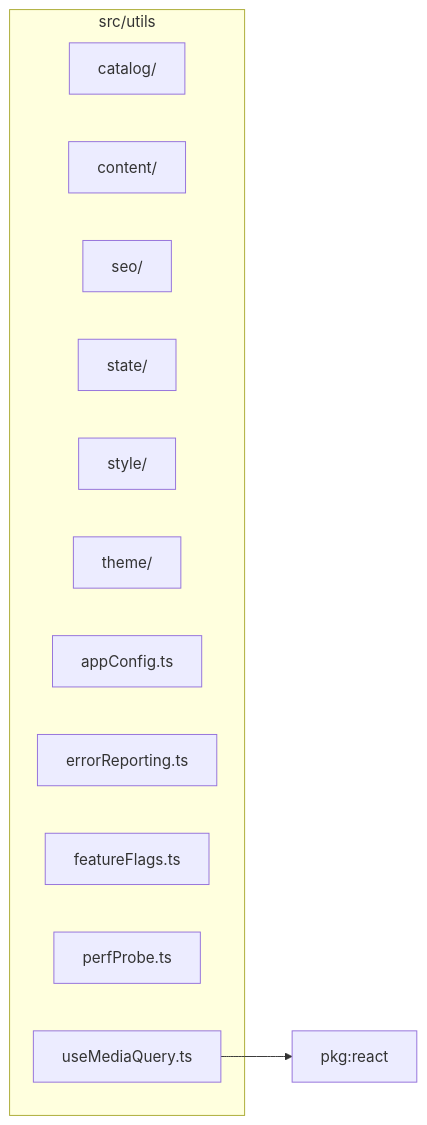
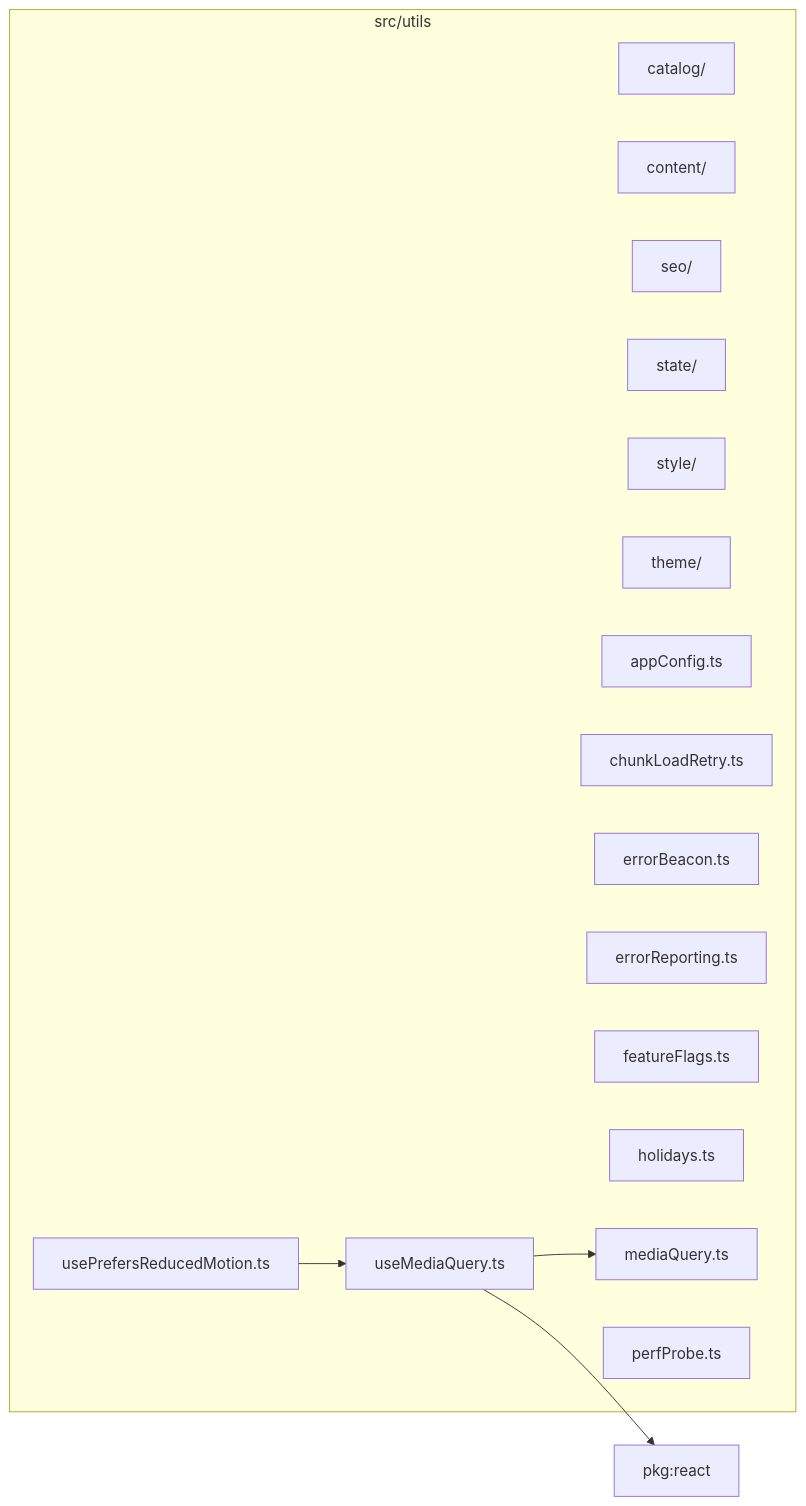
One commit to ronbuening/LensVisualizer changed the diagram in src/utils/readme.md. Above: the diagram before and after it, drawn with Mermaid. The commit also changed other lines of this file and 38 other files, not shown here.

````diff
--- a/src/utils/readme.md
+++ b/src/utils/readme.md
@@ -9,18 +9,25 @@
 ```mermaid
 flowchart LR
   subgraph n_src_utils["src/utils"]
     n_src_utils_src_utils_catalog["catalog/"]
     n_src_utils_src_utils_content["content/"]
     n_src_utils_src_utils_seo["seo/"]
     n_src_utils_src_utils_state["state/"]
     n_src_utils_src_utils_style["style/"]
     n_src_utils_src_utils_theme["theme/"]
     n_src_utils_src_utils_appConfig_ts["appConfig.ts"]
+    n_src_utils_src_utils_chunkLoadRetry_ts["chunkLoadRetry.ts"]
+    n_src_utils_src_utils_errorBeacon_ts["errorBeacon.ts"]
     n_src_utils_src_utils_errorReporting_ts["errorReporting.ts"]
     n_src_utils_src_utils_featureFlags_ts["featureFlags.ts"]
+    n_src_utils_src_utils_holidays_ts["holidays.ts"]
+    n_src_utils_src_utils_mediaQuery_ts["mediaQuery.ts"]
     n_src_utils_src_utils_perfProbe_ts["perfProbe.ts"]
     n_src_utils_src_utils_useMediaQuery_ts["useMediaQuery.ts"]
+    n_src_utils_src_utils_usePrefersReducedMotion_ts["usePrefersReducedMotion.ts"]
   end
   n_external_pkg_react["pkg:react"]
   n_src_utils_src_utils_useMediaQuery_ts --> n_external_pkg_react
+  n_src_utils_src_utils_useMediaQuery_ts --> n_src_utils_src_utils_mediaQuery_ts
+  n_src_utils_src_utils_usePrefersReducedMotion_ts --> n_src_utils_src_utils_useMediaQuery_ts
 ```
````
